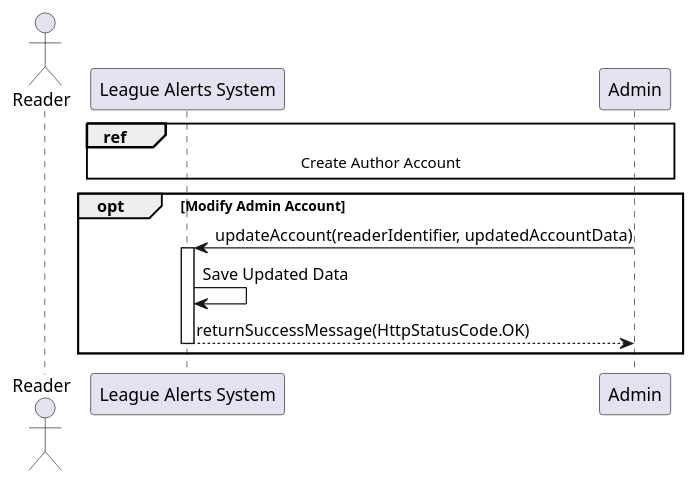
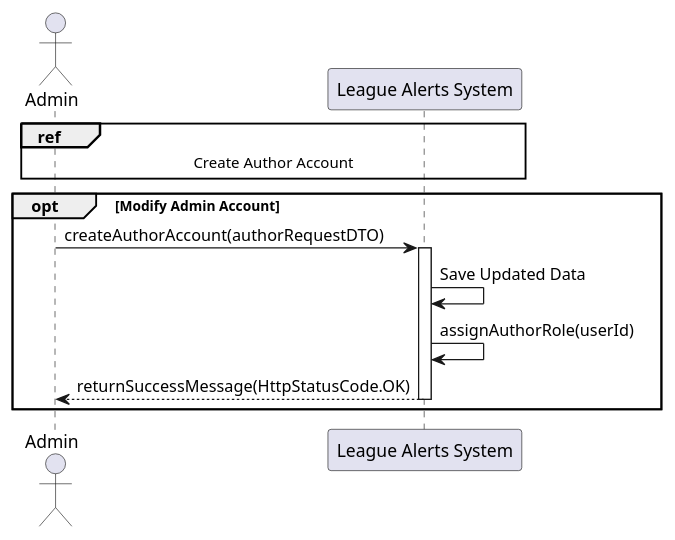
The diagram in Diagrams/SSD/Reader SSDs/Read-4.2 SSD.puml (Valthefirst/league_alerts-ChamplainECP), drawn with PlantUML before and after one commit. The commit also changed 7 other files, not shown here.

Commit message:
Diagrams

```diff
--- a/Diagrams/SSD/Reader SSDs/Read-4.2 SSD.puml
+++ b/Diagrams/SSD/Reader SSDs/Read-4.2 SSD.puml
@@ -1,14 +1,15 @@
 @startuml
-actor Reader
+actor Admin
 participant "League Alerts System" as LAS
 
 ref over Admin, LAS : Create Author Account
 
 opt Modify Admin Account
-    Admin -> LAS: updateAccount(readerIdentifier, updatedAccountData)
+    Admin -> LAS: createAuthorAccount(authorRequestDTO)
     activate LAS
         LAS -> LAS: Save Updated Data
+        LAS -> LAS: assignAuthorRole(userId)
         LAS --> Admin: returnSuccessMessage(HttpStatusCode.OK)
     deactivate LAS
 end opt
 @enduml
```
